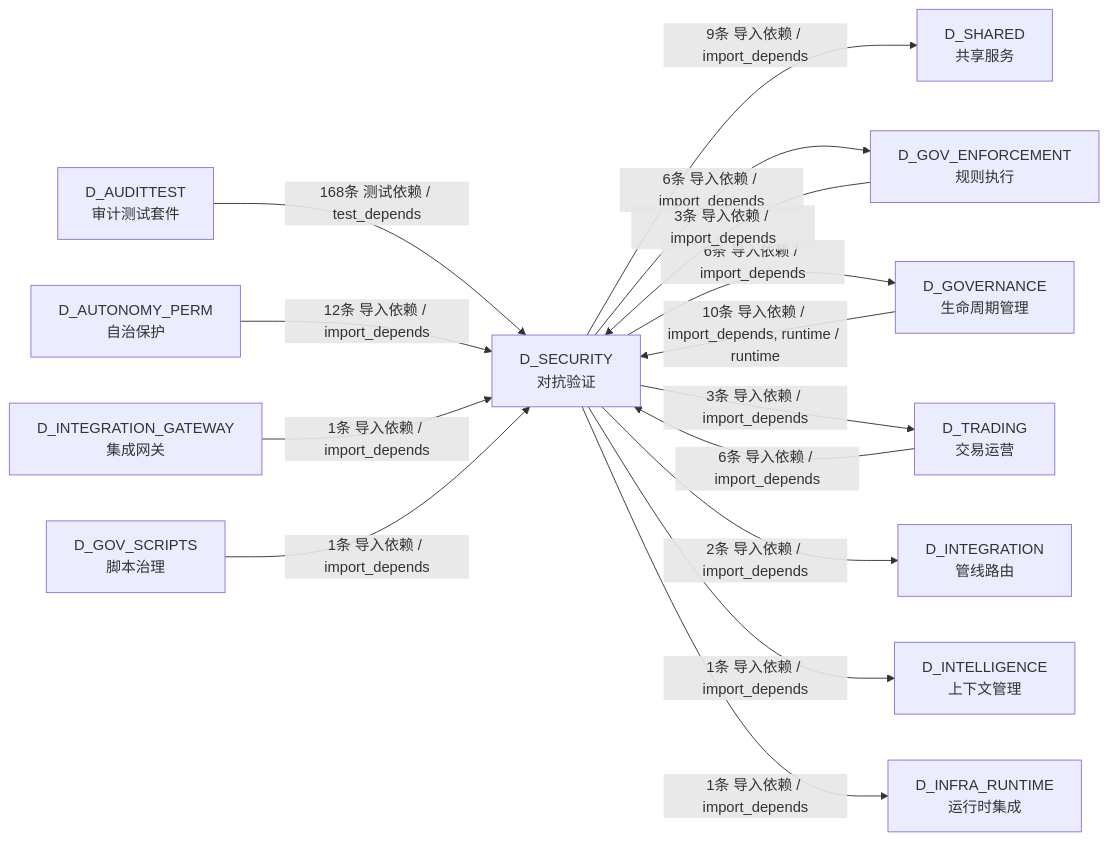
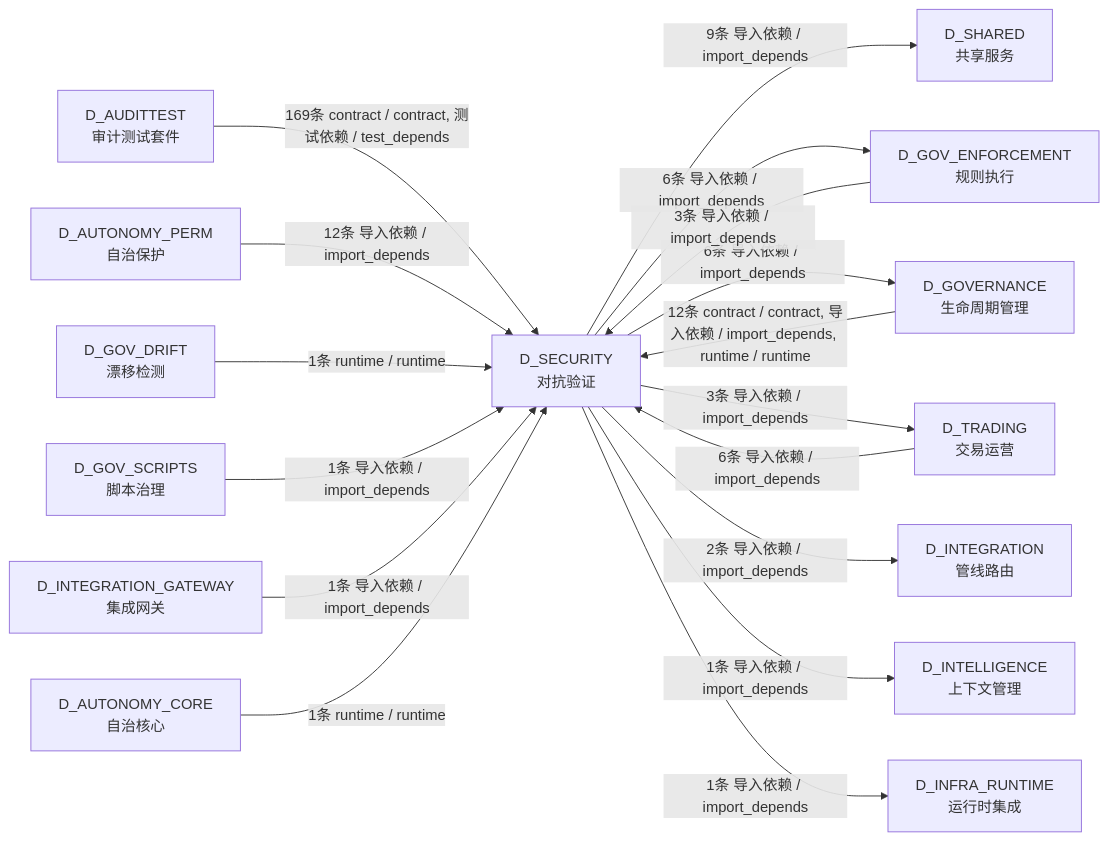
The eighth of 8 diagrams in docs/02_enterprise_architecture/02_domain_architecture_docs/17_d_security.md (xuanFelixVan/ZephyrAlpha), drawn with Mermaid before and after one commit. The commit also changed other lines of this file and 100 other files, not shown here.

````diff
--- a/docs/02_enterprise_architecture/02_domain_architecture_docs/17_d_security.md
+++ b/docs/02_enterprise_architecture/02_domain_architecture_docs/17_d_security.md
@@ -1201,29 +1206,33 @@
 ```mermaid
 graph LR
     D_SECURITY["D_SECURITY<br/>对抗验证"]
     D_SHARED["D_SHARED<br/>共享服务"]
     D_GOV_ENFORCEMENT["D_GOV_ENFORCEMENT<br/>规则执行"]
     D_GOVERNANCE["D_GOVERNANCE<br/>生命周期管理"]
     D_TRADING["D_TRADING<br/>交易运营"]
     D_INTEGRATION["D_INTEGRATION<br/>管线路由"]
     D_INTELLIGENCE["D_INTELLIGENCE<br/>上下文管理"]
     D_INFRA_RUNTIME["D_INFRA_RUNTIME<br/>运行时集成"]
     D_AUDITTEST["D_AUDITTEST<br/>审计测试套件"]
     D_AUTONOMY_PERM["D_AUTONOMY_PERM<br/>自治保护"]
+    D_GOV_DRIFT["D_GOV_DRIFT<br/>漂移检测"]
+    D_GOV_SCRIPTS["D_GOV_SCRIPTS<br/>脚本治理"]
     D_INTEGRATION_GATEWAY["D_INTEGRATION_GATEWAY<br/>集成网关"]
-    D_GOV_SCRIPTS["D_GOV_SCRIPTS<br/>脚本治理"]
+    D_AUTONOMY_CORE["D_AUTONOMY_CORE<br/>自治核心"]
     D_SECURITY -->|9条 导入依赖 / import_depends| D_SHARED
     D_SECURITY -->|6条 导入依赖 / import_depends| D_GOV_ENFORCEMENT
     D_SECURITY -->|6条 导入依赖 / import_depends| D_GOVERNANCE
     D_SECURITY -->|3条 导入依赖 / import_depends| D_TRADING
     D_SECURITY -->|2条 导入依赖 / import_depends| D_INTEGRATION
     D_SECURITY -->|1条 导入依赖 / import_depends| D_INTELLIGENCE
     D_SECURITY -->|1条 导入依赖 / import_depends| D_INFRA_RUNTIME
-    D_AUDITTEST -->|168条 测试依赖 / test_depends| D_SECURITY
+    D_AUDITTEST -->|169条 contract / contract, 测试依赖 / test_depends| D_SECURITY
+    D_GOVERNANCE -->|12条 contract / contract, 导入依赖 / import_depends, runtime / runtime| D_SECURITY
     D_AUTONOMY_PERM -->|12条 导入依赖 / import_depends| D_SECURITY
-    D_GOVERNANCE -->|10条 导入依赖 / import_depends, runtime / runtime| D_SECURITY
     D_TRADING -->|6条 导入依赖 / import_depends| D_SECURITY
     D_GOV_ENFORCEMENT -->|3条 导入依赖 / import_depends| D_SECURITY
+    D_GOV_DRIFT -->|1条 runtime / runtime| D_SECURITY
+    D_GOV_SCRIPTS -->|1条 导入依赖 / import_depends| D_SECURITY
     D_INTEGRATION_GATEWAY -->|1条 导入依赖 / import_depends| D_SECURITY
-    D_GOV_SCRIPTS -->|1条 导入依赖 / import_depends| D_SECURITY
+    D_AUTONOMY_CORE -->|1条 runtime / runtime| D_SECURITY
 ```
````
